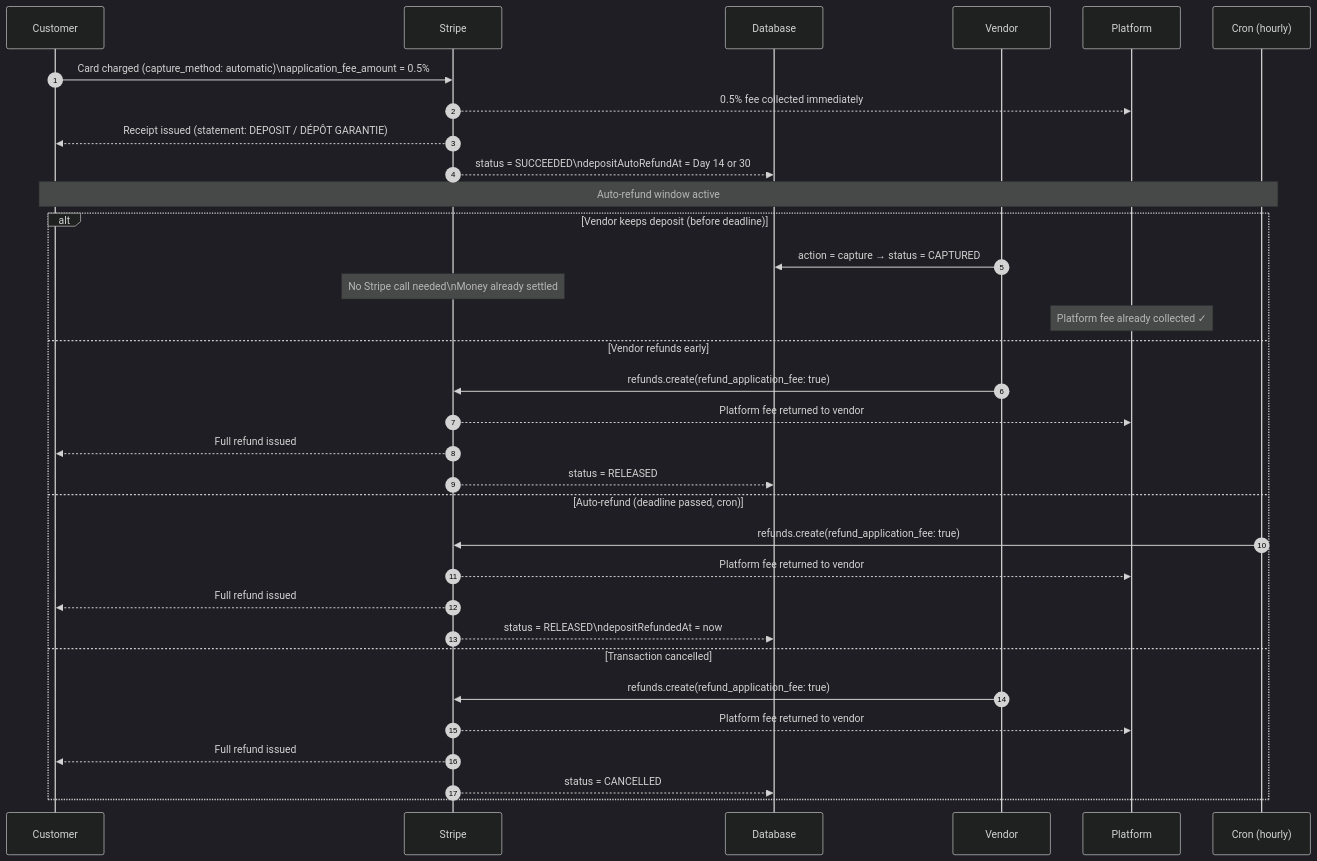
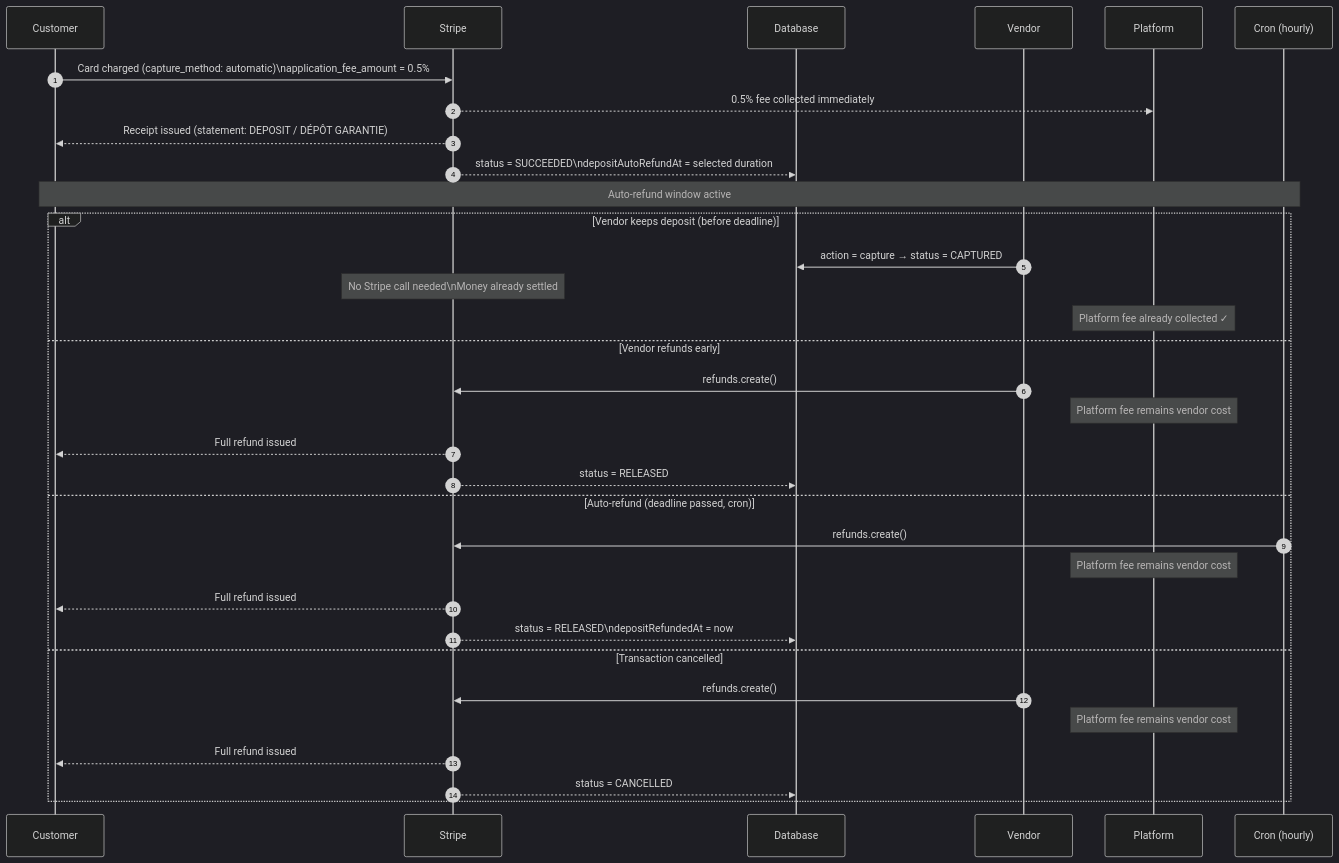
The third of 8 diagrams in docs/deposit-fee-flow.md (landri81/contrazy.github.io), drawn with Mermaid (dark theme) before and after one commit. The commit also changed other lines of this file and 23 other files, not shown here.

````diff
--- a/docs/deposit-fee-flow.md
+++ b/docs/deposit-fee-flow.md
@@ -105,38 +107,38 @@
 ```mermaid
 sequenceDiagram
     autonumber
     participant C as Customer
     participant S as Stripe
     participant DB as Database
     participant V as Vendor
     participant P as Platform
     participant CR as Cron (hourly)
 
     C->>S: Card charged (capture_method: automatic)\napplication_fee_amount = 0.5%
     S-->>P: 0.5% fee collected immediately
     S-->>C: Receipt issued (statement: DEPOSIT / DÉPÔT GARANTIE)
-    S-->>DB: status = SUCCEEDED\ndepositAutoRefundAt = Day 14 or 30
+    S-->>DB: status = SUCCEEDED\ndepositAutoRefundAt = selected duration
 
     note over C,CR: Auto-refund window active
 
     alt Vendor keeps deposit (before deadline)
         V->>DB: action = capture → status = CAPTURED
         note over S: No Stripe call needed\nMoney already settled
         note over P: Platform fee already collected ✓
     else Vendor refunds early
-        V->>S: refunds.create(refund_application_fee: true)
-        S-->>P: Platform fee returned to vendor
+        V->>S: refunds.create()
+        note over P: Platform fee remains vendor cost
         S-->>C: Full refund issued
         S-->>DB: status = RELEASED
     else Auto-refund (deadline passed, cron)
-        CR->>S: refunds.create(refund_application_fee: true)
-        S-->>P: Platform fee returned to vendor
+        CR->>S: refunds.create()
+        note over P: Platform fee remains vendor cost
         S-->>C: Full refund issued
         S-->>DB: status = RELEASED\ndepositRefundedAt = now
     else Transaction cancelled
-        V->>S: refunds.create(refund_application_fee: true)
-        S-->>P: Platform fee returned to vendor
+        V->>S: refunds.create()
+        note over P: Platform fee remains vendor cost
         S-->>C: Full refund issued
         S-->>DB: status = CANCELLED
     end
 ```
````
